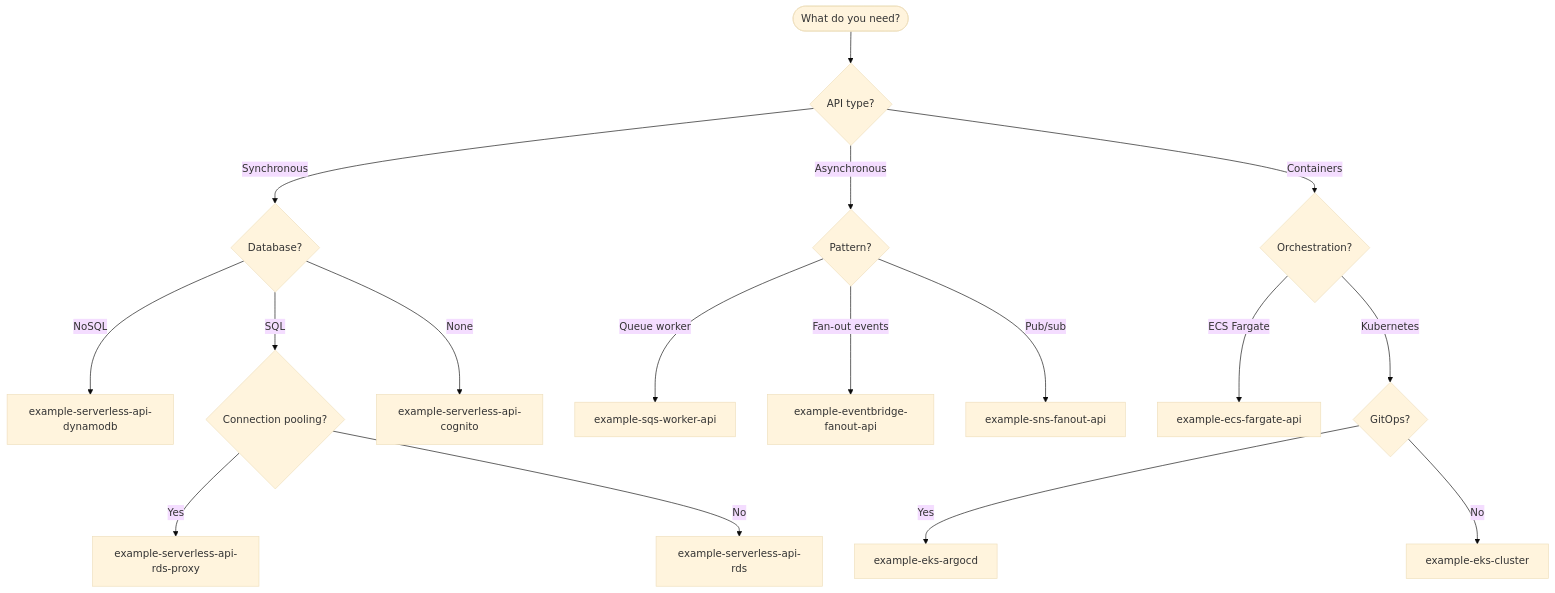
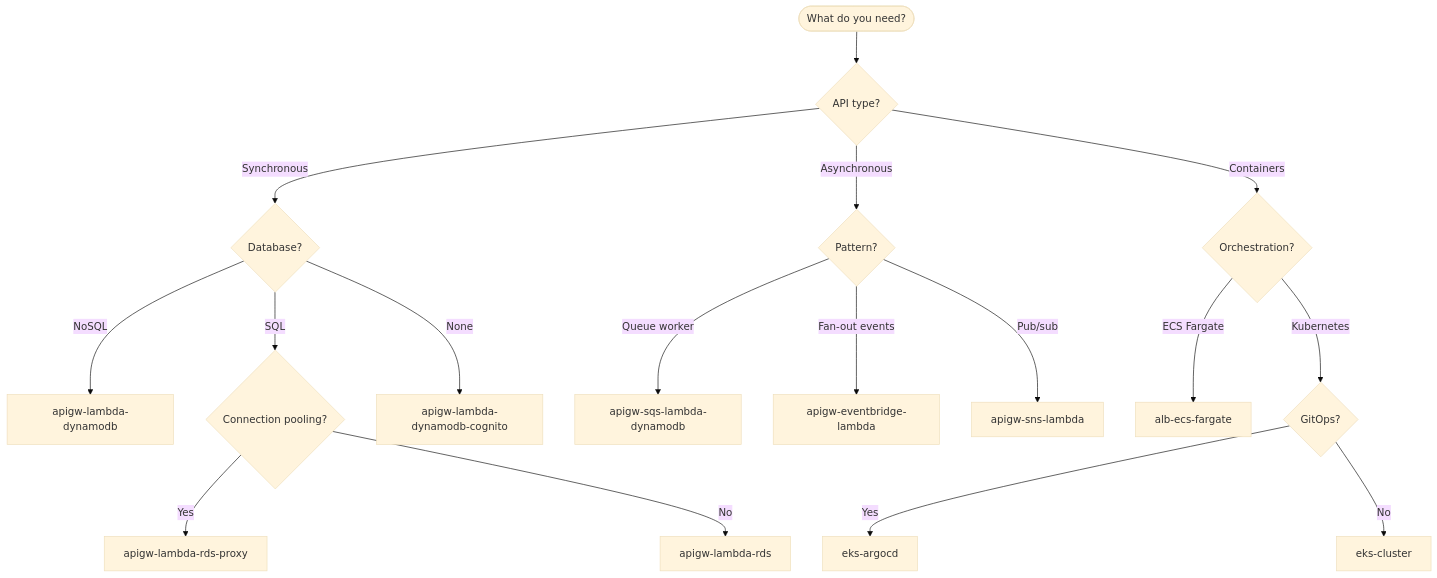
One commit to berTrindade/terraform-infrastructure-blueprints changed the third of 5 diagrams in README.md. Above: the diagram before and after it, drawn with Mermaid (base theme). The commit also changed other lines of this file and 671 other files, not shown here.

````diff
--- a/README.md
+++ b/README.md
@@ -553,25 +543,25 @@
 ```mermaid
 flowchart TD
     Start([What do you need?]) --> Q1{API type?}
     
     Q1 -->|Synchronous| Q2{Database?}
     Q1 -->|Asynchronous| Q3{Pattern?}
     Q1 -->|Containers| Q4{Orchestration?}
     
-    Q2 -->|NoSQL| B1[example-serverless-api-dynamodb]
+    Q2 -->|NoSQL| B1[apigw-lambda-dynamodb]
     Q2 -->|SQL| Q5{Connection pooling?}
-    Q2 -->|None| B2[example-serverless-api-cognito]
+    Q2 -->|None| B2[apigw-lambda-dynamodb-cognito]
     
-    Q5 -->|Yes| B3[example-serverless-api-rds-proxy]
-    Q5 -->|No| B4[example-serverless-api-rds]
+    Q5 -->|Yes| B3[apigw-lambda-rds-proxy]
+    Q5 -->|No| B4[apigw-lambda-rds]
     
-    Q3 -->|Queue worker| B5[example-sqs-worker-api]
-    Q3 -->|Fan-out events| B6[example-eventbridge-fanout-api]
-    Q3 -->|Pub/sub| B7[example-sns-fanout-api]
+    Q3 -->|Queue worker| B5[apigw-sqs-lambda-dynamodb]
+    Q3 -->|Fan-out events| B6[apigw-eventbridge-lambda]
+    Q3 -->|Pub/sub| B7[apigw-sns-lambda]
     
-    Q4 -->|ECS Fargate| B8[example-ecs-fargate-api]
+    Q4 -->|ECS Fargate| B8[alb-ecs-fargate]
     Q4 -->|Kubernetes| Q6{GitOps?}
     
-    Q6 -->|Yes| B9[example-eks-argocd]
-    Q6 -->|No| B10[example-eks-cluster]
+    Q6 -->|Yes| B9[eks-argocd]
+    Q6 -->|No| B10[eks-cluster]
 ```
````
